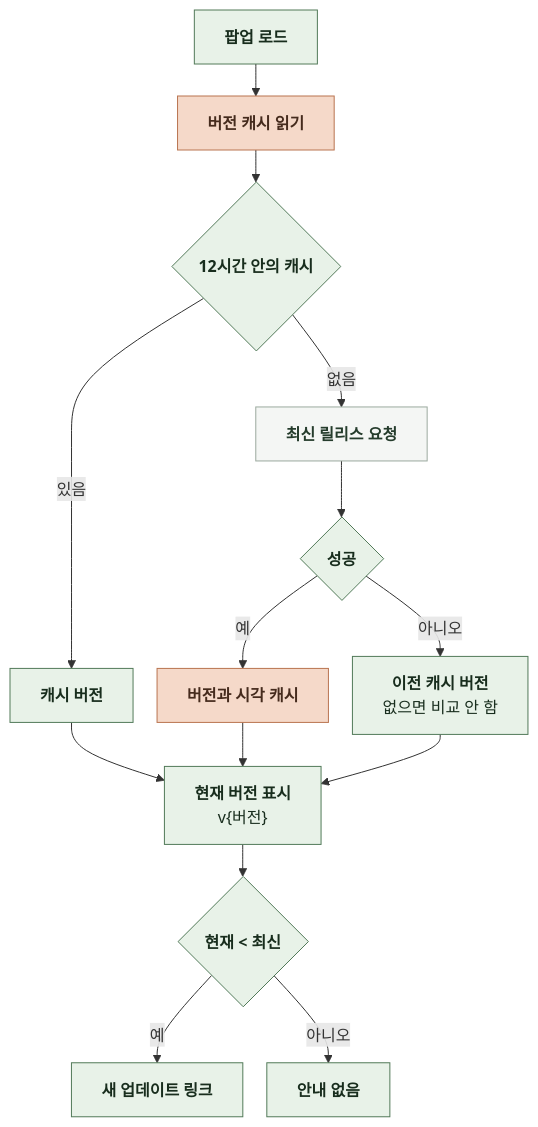
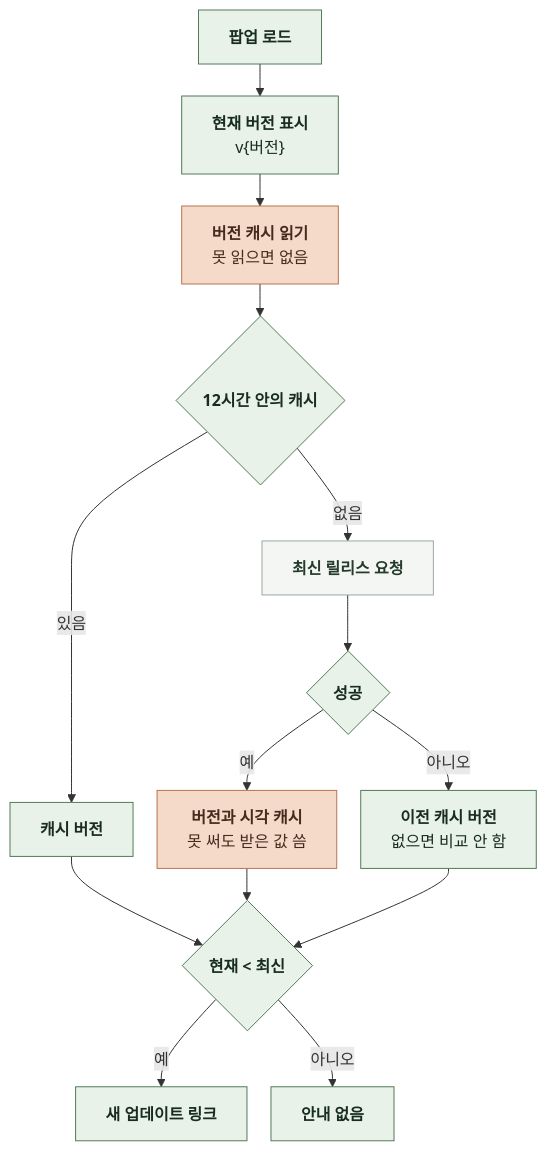
The seventh of 7 diagrams in docs/spec/6-1-INTERACTION.md (kangkyunghyun/LinKHU), drawn with Mermaid before and after one commit. The commit also changed 13 other files, not shown here.

````diff
--- a/docs/spec/6-1-INTERACTION.md
+++ b/docs/spec/6-1-INTERACTION.md
@@ -346,25 +346,27 @@
 ```mermaid
 %%{init: {"flowchart": {"curve": "basis", "nodeSpacing": 24, "rankSpacing": 32}}}%%
 flowchart TD
-    A["`**팝업 로드**`"] --> B["`**버전 캐시 읽기**`"]
+    A["`**팝업 로드**`"] --> I["`**현재 버전 표시**
+v{버전}`"]
+    I --> B["`**버전 캐시 읽기**
+못 읽으면 없음`"]
     B --> C{"`**12시간 안의 캐시**`"}
     C -->|있음| F["`**캐시 버전**`"]
     C -->|없음| D["`**최신 릴리스 요청**`"]
     D --> E{"`**성공**`"}
-    E -->|예| G["`**버전과 시각 캐시**`"]
+    E -->|예| G["`**버전과 시각 캐시**
+못 써도 받은 값 씀`"]
     E -->|아니오| H["`**이전 캐시 버전**
 없으면 비교 안 함`"]
-    G --> I["`**현재 버전 표시**
-v{버전}`"]
-    F --> I
-    H --> I
-    I --> J{"`**현재 < 최신**`"}
+    G --> J{"`**현재 < 최신**`"}
+    F --> J
+    H --> J
     J -->|예| K["`**새 업데이트 링크**`"]
     J -->|아니오| L["`**안내 없음**`"]
     classDef comp fill:#E8F2E8,stroke:#527A59,color:#182D1D
     classDef store fill:#F5D9C9,stroke:#B97450,color:#452B1D
     classDef ext fill:#F4F6F4,stroke:#9BA99E,color:#253C2C
     class A,C,E,F,H,I,J,K,L comp
     class B,G store
     class D ext
 ```
````
